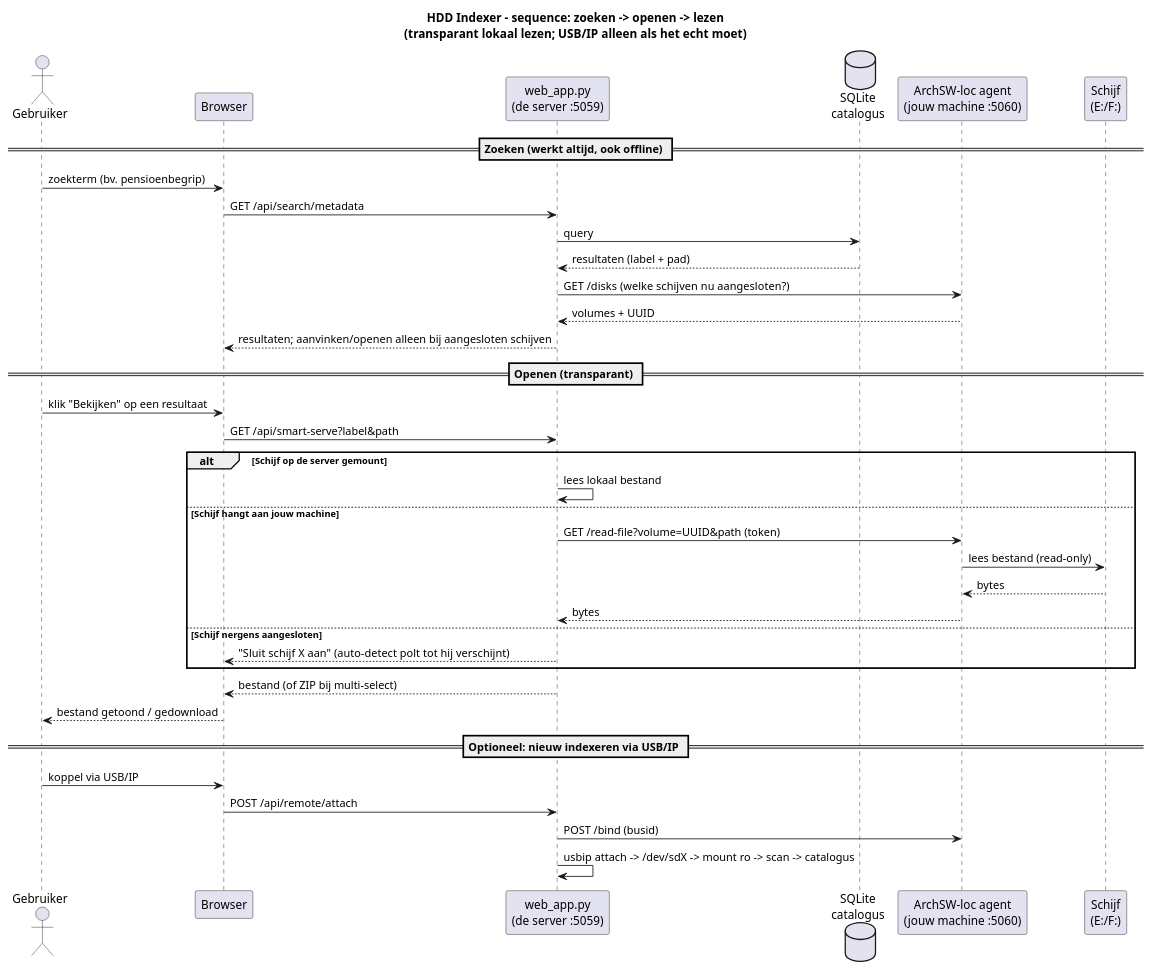
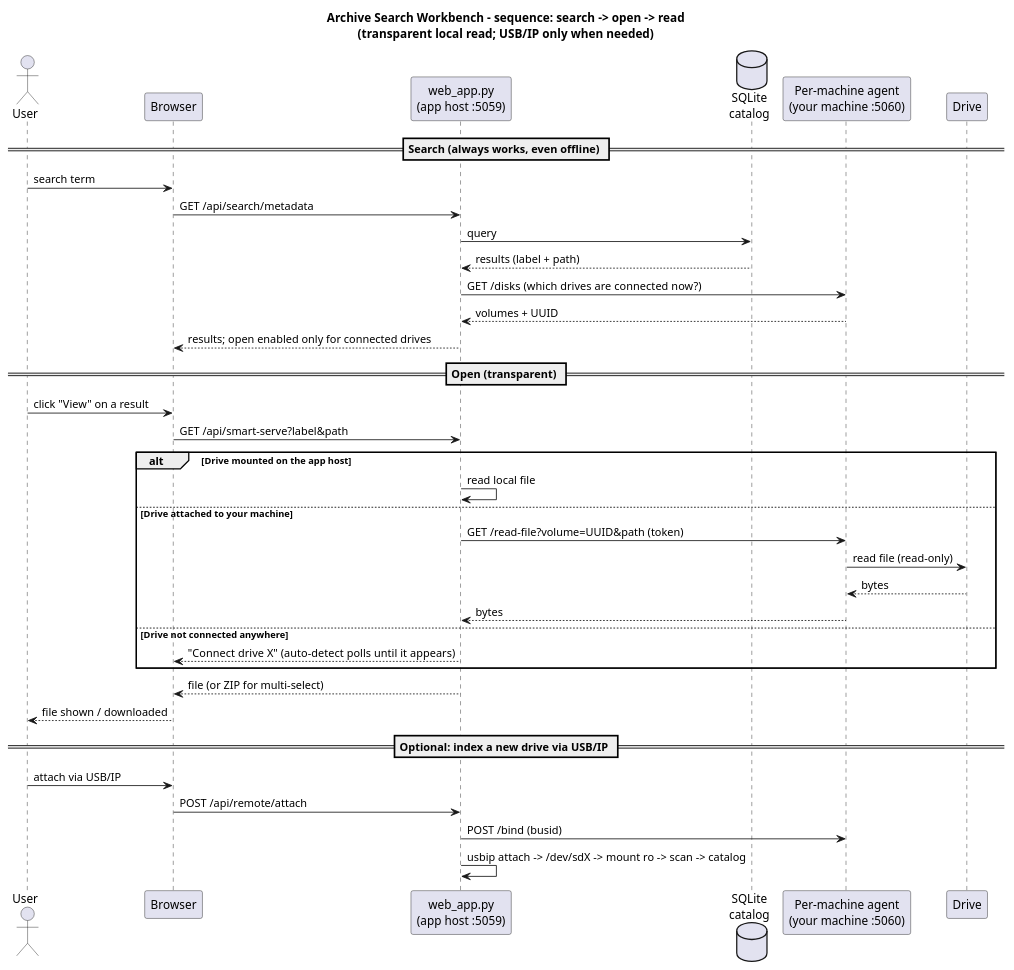
The diagram in docs/SEQUENCE-ZOEK-OPEN.puml (dma61/archive-search-workbench), drawn with PlantUML before and after one commit. The commit also changed 11 other files, not shown here.

Commit message:
Docs: English-first README + INSTALL guide (bilingual EN/NL), generic English diagrams

```diff
--- a/docs/SEQUENCE-ZOEK-OPEN.puml
+++ b/docs/SEQUENCE-ZOEK-OPEN.puml
@@ -1,41 +1,41 @@
 @startuml
-title HDD Indexer - sequence: zoeken -> openen -> lezen\n(transparant lokaal lezen; USB/IP alleen als het echt moet)
+title Archive Search Workbench - sequence: search -> open -> read\n(transparent local read; USB/IP only when needed)
 
-actor Gebruiker as U
+actor User as U
 participant "Browser" as B
-participant "web_app.py\n(de server :5059)" as APP
-database "SQLite\ncatalogus" as DB
-participant "ArchSW-loc agent\n(jouw machine :5060)" as AG
-participant "Schijf\n(E:/F:)" as D
+participant "web_app.py\n(app host :5059)" as APP
+database "SQLite\ncatalog" as DB
+participant "Per-machine agent\n(your machine :5060)" as AG
+participant "Drive" as D
 
-== Zoeken (werkt altijd, ook offline) ==
-U -> B : zoekterm (bv. pensioenbegrip)
+== Search (always works, even offline) ==
+U -> B : search term
 B -> APP : GET /api/search/metadata
 APP -> DB : query
-DB --> APP : resultaten (label + pad)
-APP -> AG : GET /disks  (welke schijven nu aangesloten?)
+DB --> APP : results (label + path)
+APP -> AG : GET /disks  (which drives are connected now?)
 AG --> APP : volumes + UUID
-APP --> B : resultaten; aanvinken/openen alleen bij aangesloten schijven
+APP --> B : results; open enabled only for connected drives
 
-== Openen (transparant) ==
-U -> B : klik "Bekijken" op een resultaat
+== Open (transparent) ==
+U -> B : click "View" on a result
 B -> APP : GET /api/smart-serve?label&path
-alt Schijf op de server gemount
-    APP -> APP : lees lokaal bestand
-else Schijf hangt aan jouw machine
+alt Drive mounted on the app host
+    APP -> APP : read local file
+else Drive attached to your machine
     APP -> AG : GET /read-file?volume=UUID&path (token)
-    AG -> D : lees bestand (read-only)
+    AG -> D : read file (read-only)
     D --> AG : bytes
     AG --> APP : bytes
-else Schijf nergens aangesloten
-    APP --> B : "Sluit schijf X aan"  (auto-detect polt tot hij verschijnt)
+else Drive not connected anywhere
+    APP --> B : "Connect drive X"  (auto-detect polls until it appears)
 end
-APP --> B : bestand (of ZIP bij multi-select)
-B --> U : bestand getoond / gedownload
+APP --> B : file (or ZIP for multi-select)
+B --> U : file shown / downloaded
 
-== Optioneel: nieuw indexeren via USB/IP ==
-U -> B : koppel via USB/IP
+== Optional: index a new drive via USB/IP ==
+U -> B : attach via USB/IP
 B -> APP : POST /api/remote/attach
 APP -> AG : POST /bind (busid)
-APP -> APP : usbip attach -> /dev/sdX -> mount ro -> scan -> catalogus
+APP -> APP : usbip attach -> /dev/sdX -> mount ro -> scan -> catalog
 @enduml
```
